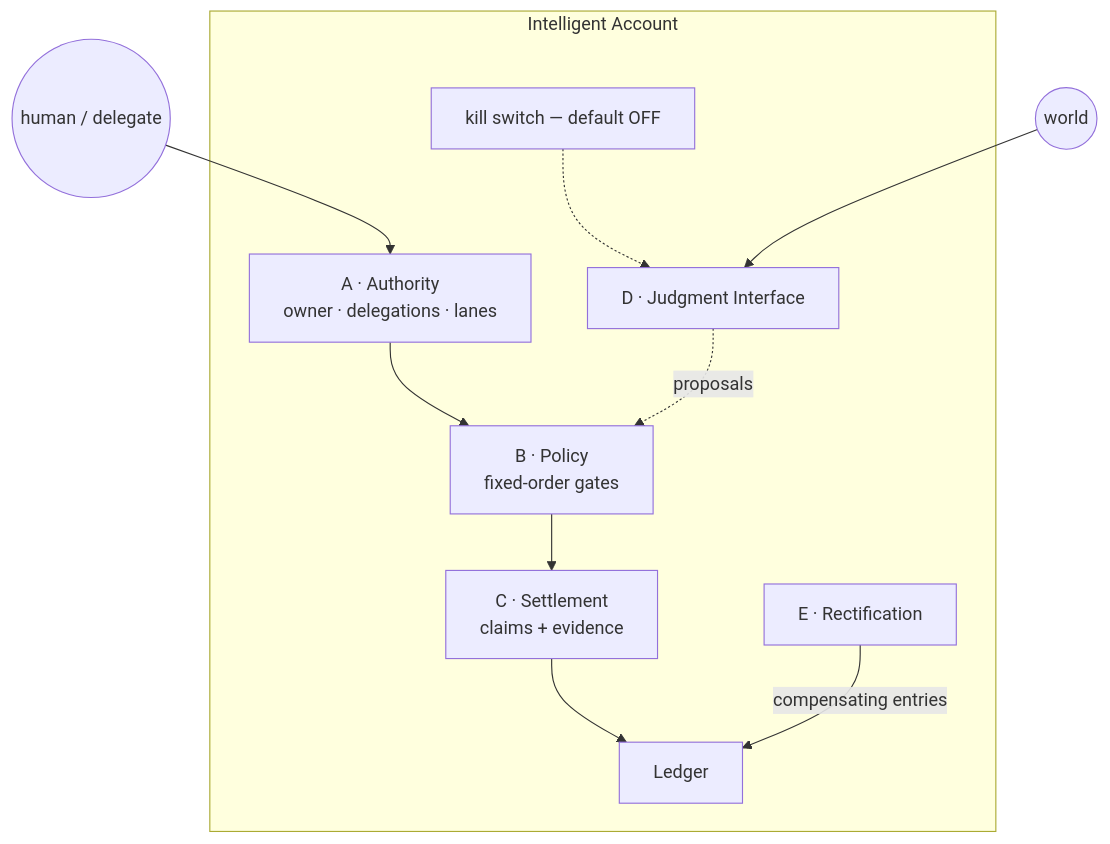
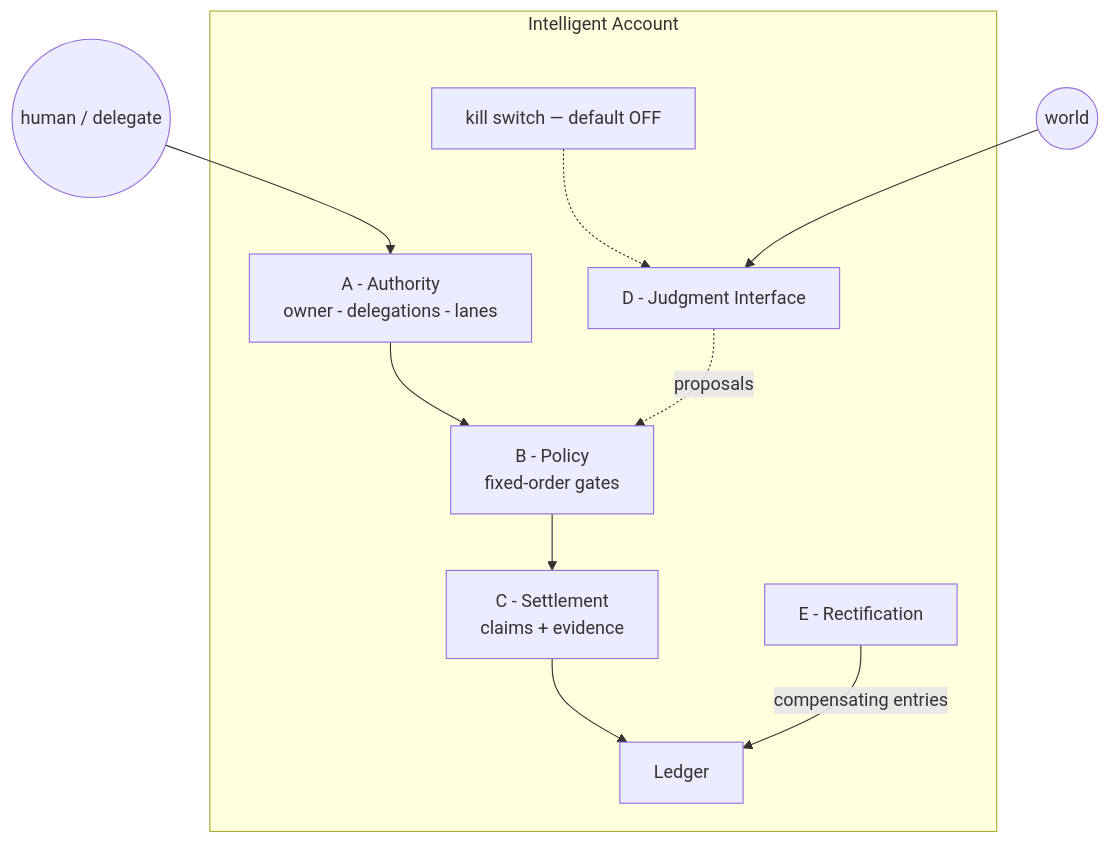
The fourth of 6 diagrams in primitives/ppa/INTELLIGENT_ACCOUNT_WHITEPAPER.md (etvjay/Nomos), drawn with Mermaid before and after one commit. The commit also changed other lines of this file and 2 other files, not shown here.

Commit message:
whitepapers: sanitize mermaid blocks — replace middle-dot and unicode arrows with ASCII (GitHub renderer compatibility)

````diff
--- a/primitives/ppa/INTELLIGENT_ACCOUNT_WHITEPAPER.md
+++ b/primitives/ppa/INTELLIGENT_ACCOUNT_WHITEPAPER.md
@@ -138,13 +138,13 @@
 ```mermaid
 flowchart TB
     subgraph IA["Intelligent Account"]
-        A["A · Authority<br/>owner · delegations · lanes"] --> B
-        B["B · Policy<br/>fixed-order gates"] --> C
-        C["C · Settlement<br/>claims + evidence"] --> LED["Ledger"]
-        D["D · Judgment Interface"] -.->|"proposals"| B
-        E["E · Rectification"] -->|"compensating entries"| LED
+        A["A - Authority<br/>owner - delegations - lanes"] --> B
+        B["B - Policy<br/>fixed-order gates"] --> C
+        C["C - Settlement<br/>claims + evidence"] --> LED["Ledger"]
+        D["D - Judgment Interface"] -.->|"proposals"| B
+        E["E - Rectification"] -->|"compensating entries"| LED
         KS["kill switch — default OFF"] -.-> D
     end
     WORLD(("world")) --> D
     HUMAN(("human / delegate")) --> A
 ```
````
